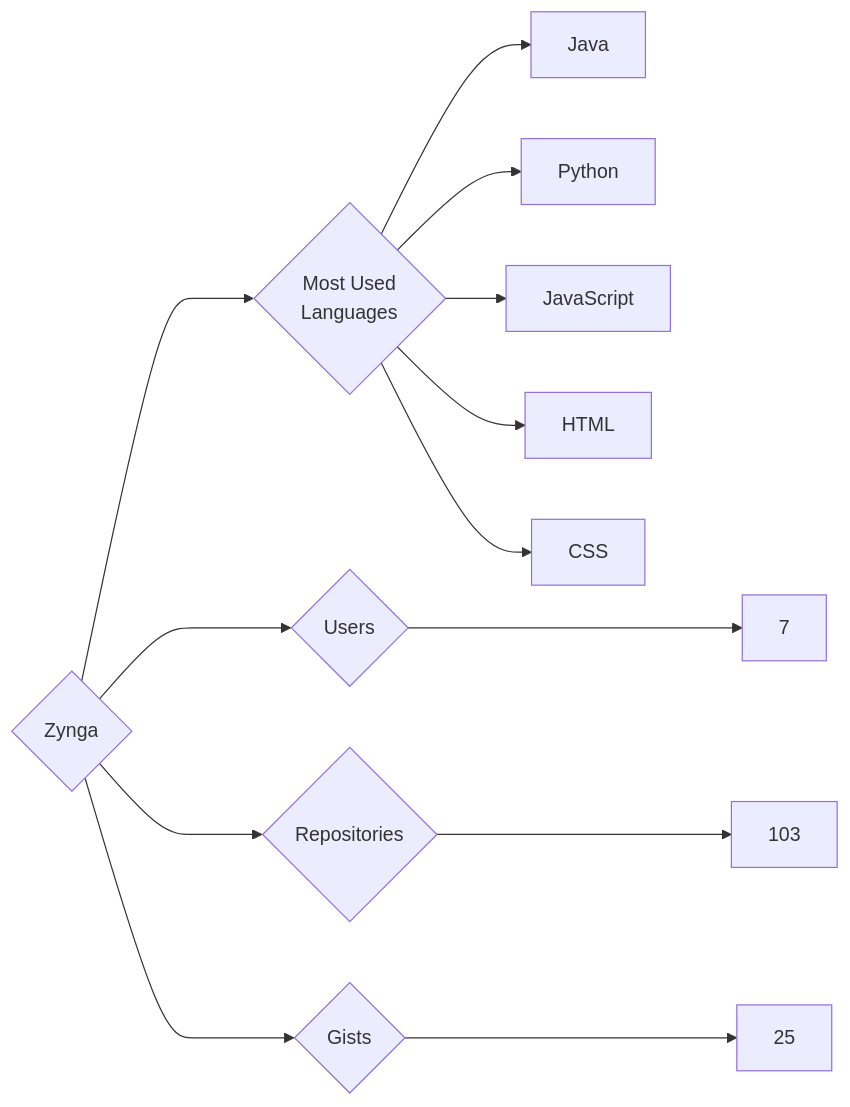
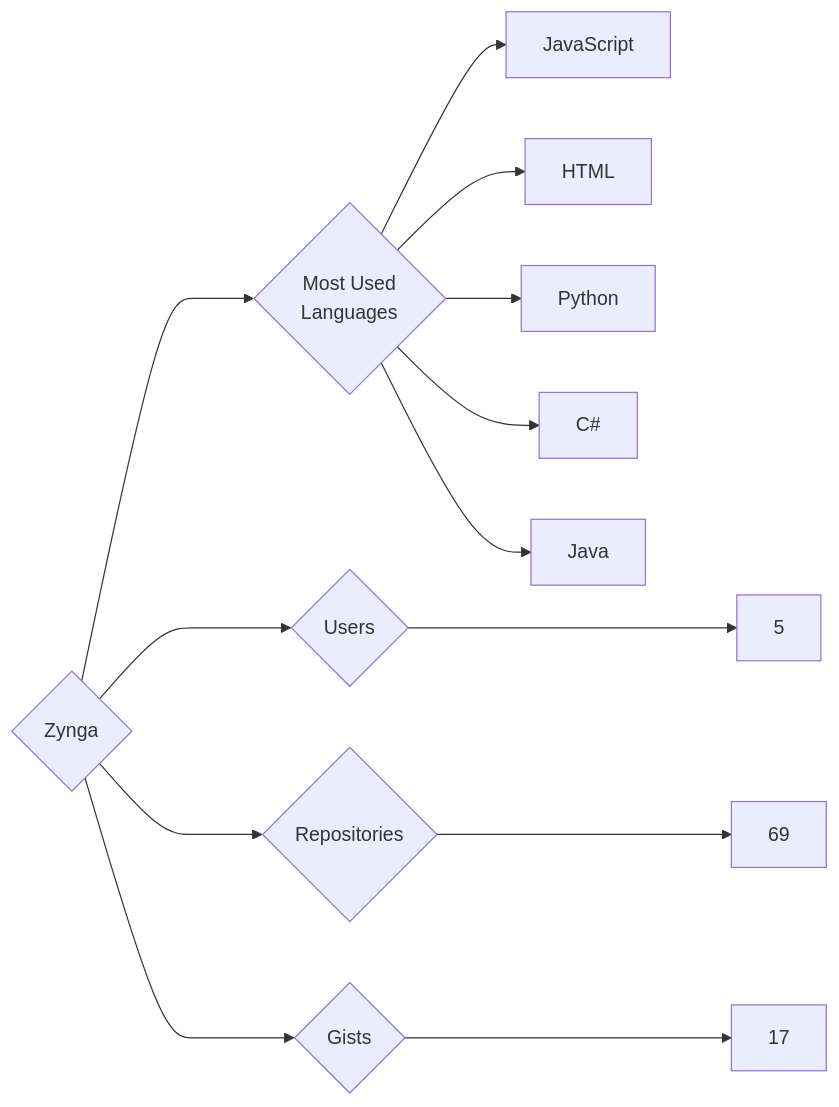
Before and after one commit to trickest/insiders: the diagram in targets/Zynga/README.md, drawn with Mermaid. The commit also changed 871 other files, not shown here.

````diff
--- a/targets/Zynga/README.md
+++ b/targets/Zynga/README.md
@@ -3,13 +3,13 @@
 ```mermaid
 graph LR
 COMPANY_NAME{Zynga}
-COMPANY_NAME ---> U{Users} ---> UN[7]
-COMPANY_NAME ---> R{Repositories} ---> RN[103]
-COMPANY_NAME ---> G{Gists} ---> GN[25]
+COMPANY_NAME ---> U{Users} ---> UN[5]
+COMPANY_NAME ---> R{Repositories} ---> RN[69]
+COMPANY_NAME ---> G{Gists} ---> GN[17]
 COMPANY_NAME ---> ML{Most Used<br>Languages}
-ML --> Java[Java]
-ML --> Python[Python]
 ML --> JavaScript[JavaScript]
 ML --> HTML[HTML]
-ML --> CSS[CSS]
+ML --> Python[Python]
+ML --> C#[C#]
+ML --> Java[Java]
 ```
````
